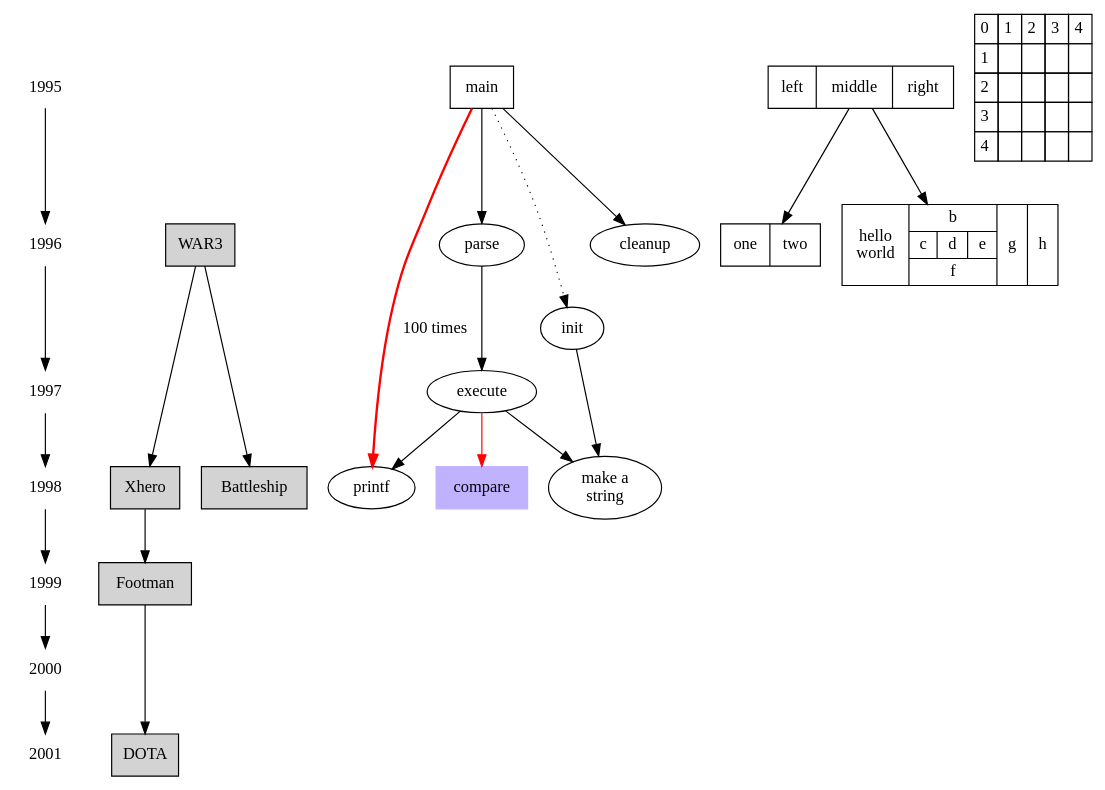
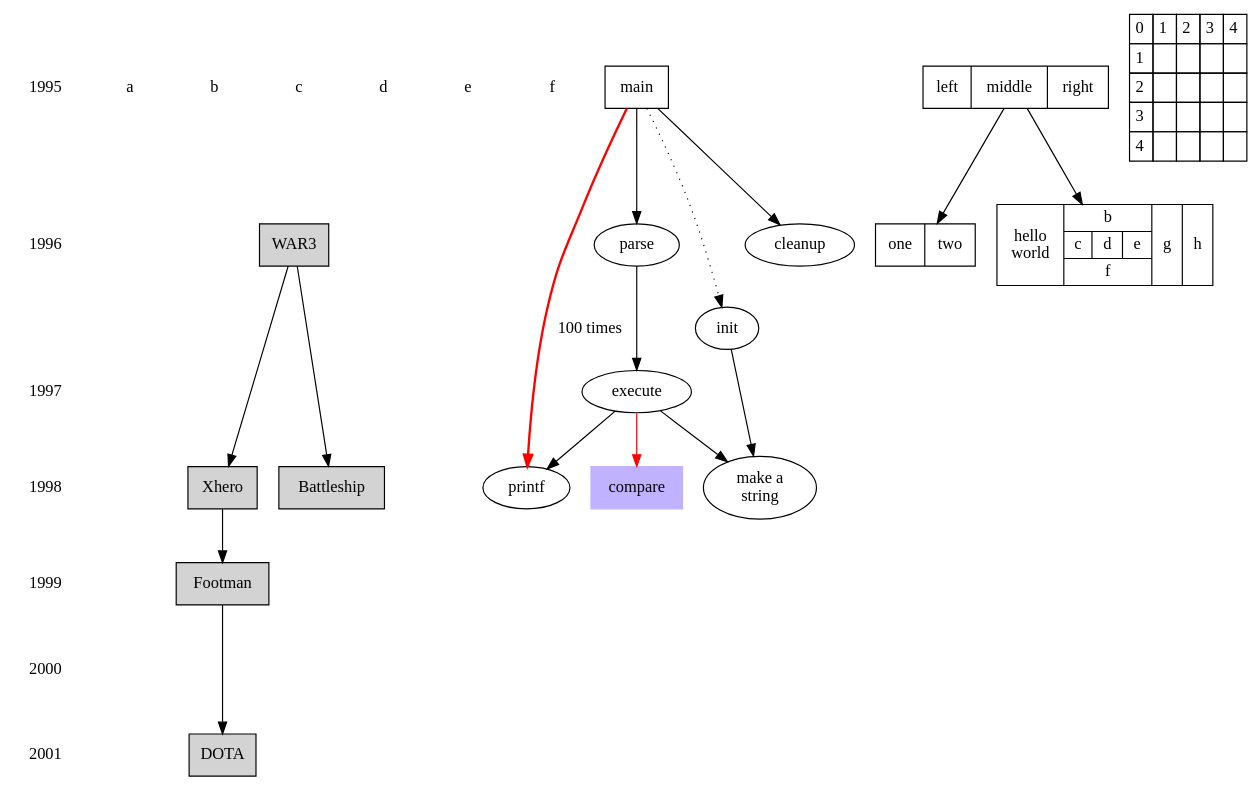
The diagram in exam.dot (greatgauss/graphviz_script), drawn with Graphviz before and after one commit. The commit also changed 69 other files, not shown here.

```diff
--- a/exam.dot
+++ b/exam.dot
@@ -1,69 +1,71 @@
 digraph G {
 subgraph rank_exam {
 rankdir=RL;
 {
   node[shape = plaintext];
-  1995 -> 1996 -> 1997 -> 1998 -> 1999 -> 2000 -> 2001;
+ 
+  1995 -> 1996 -> 1997 -> 1998 -> 1999 -> 2000 -> 2001[style=invis];
+  a;b;c;d;e;f;
 }
 {
   node[shape = box, style = filled];
   WAR3 -> Xhero -> Footman -> DOTA;
   WAR3 -> Battleship;
 }
 {rank = same; 1996; WAR3;}
 {rank = same; 1998; Xhero; Battleship;}
 {rank = same; 1999; Footman;}
 {rank = same; 2001; DOTA;}
 }
 
 subgraph hello_world {
     main [shape=box]; /*注释*/
     main -> parse [weight=8];
     parse -> execute;
     main -> init [style=dotted];
     main -> cleanup;
     execute -> {make_string; printf}
     init -> make_string;
     edge [color=red];
     main -> printf [style=bold,label="100 times"];
     make_string [label="make a\nstring"];
     node [shape=box, style=filled, color=".7 .3 1.0"];
     execute -> compare;
 }
 
 subgraph structs {
 node[shape=record];
     struct1[shape=record,label="<f0> left|<f1> middle|<f2> right"];
     struct2[shape=record,label="<f0> one|<f1> two"];
     struct3[shape=record,label="hello\nworld |{ b |{c|<here> d|e}| f}| g | h"];
     struct1->struct2;
     struct1->struct3;
 }
 
 subgraph html {
 abc [shape=none, margin=0, label=<
 <TABLE BORDER="0" CELLBORDER="1" CELLSPACING="0" CELLPADDING="4">
 <TR><TD>0</TD><TD>1</TD><TD>2</TD><TD>3</TD><TD>4</TD>
 </TR>
 <TR><TD>1</TD><TD></TD><TD></TD><TD></TD><TD></TD>
 </TR>
 <TR><TD>2</TD><TD></TD><TD></TD><TD></TD><TD></TD>
 </TR>
 <TR><TD>3</TD><TD></TD><TD></TD><TD></TD><TD></TD>
 </TR>
 <TR><TD>4</TD><TD></TD><TD></TD><TD></TD><TD></TD>
 </TR>
 </TABLE>>];
 }
 
 /*
 subgraph G {
     a->b->c;
     b->d;
     a[shape=polygon,sides=5,peripheries=5,color=lightblue,style=filled];
     c[shape=polygon,sides=4,skew=.1,label="hello world"];
     d[shape=invtriangle];
     e[shape=polygon,sides=10,distortion=.7];
 }
 */
 }
```
